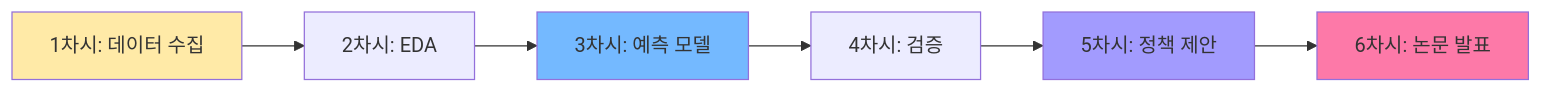
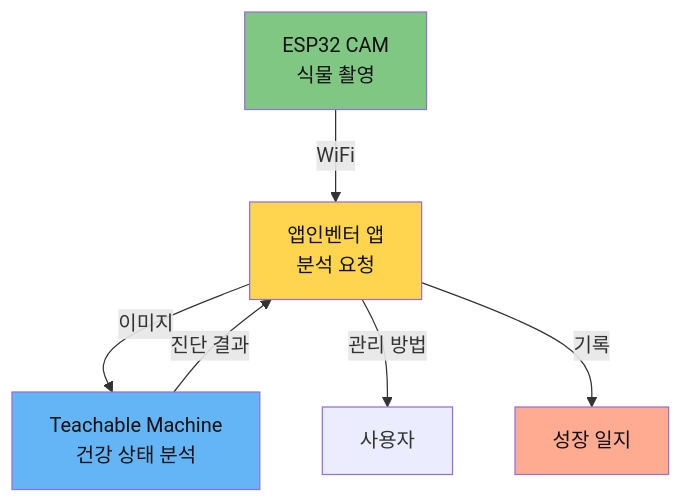
The fourth of 8 diagrams in documents/6차식/영종AI융합교육센터_과학중점_6차시_프로그램.md (Collegenie-X/AIMakerLab_Web), drawn with Mermaid before and after one commit. The commit also changed other lines of this file and 24 other files, not shown here.

````diff
--- a/documents/6차식/영종AI융합교육센터_과학중점_6차시_프로그램.md
+++ b/documents/6차식/영종AI융합교육센터_과학중점_6차시_프로그램.md
@@ -338,13 +492,13 @@
 ```mermaid
-graph LR
-    A[1차시: 데이터 수집] --> B[2차시: EDA]
-    B --> C[3차시: 예측 모델]
-    C --> D[4차시: 검증]
-    D --> E[5차시: 정책 제안]
-    E --> F[6차시: 논문 발표]
+graph TD
+    A[ESP32 CAM<br/>식물 촬영] -->|WiFi| B[앱인벤터 앱<br/>분석 요청]
+    B -->|이미지| C[Teachable Machine<br/>건강 상태 분석]
+    C -->|진단 결과| B
+    B -->|관리 방법| D[사용자]
+    B -->|기록| E[성장 일지]
     
-    style A fill:#ffeaa7
-    style C fill:#74b9ff
-    style E fill:#a29bfe
-    style F fill:#fd79a8
+    style A fill:#81c784,color:#111
+    style C fill:#64b5f6,color:#111
+    style B fill:#ffd54f,color:#111
+    style E fill:#ffab91,color:#111
 ```
````
